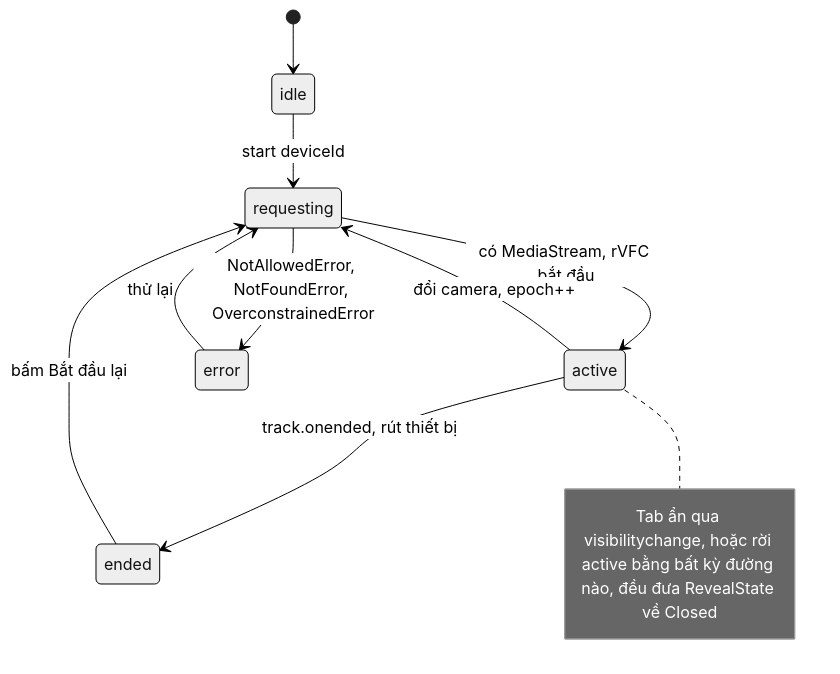
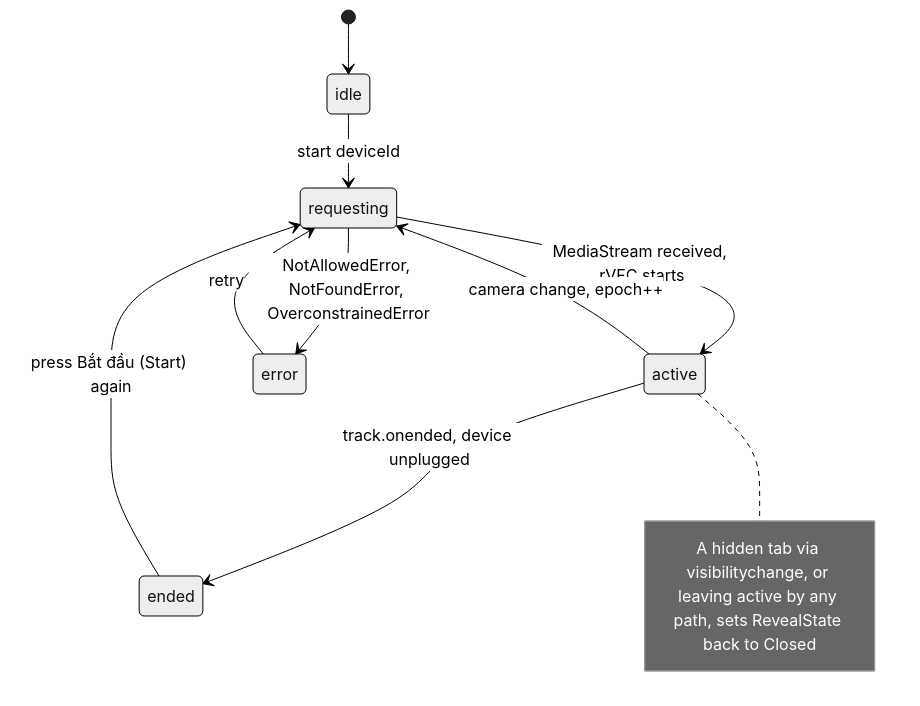
The seventh of 18 diagrams in docs/WORK-BREAKDOWN.md (Lorah101204/Finger_And_Face_Tracking), drawn with Mermaid (neutral theme) before and after one commit. The commit also changed other lines of this file and 35 other files, not shown here.

````diff
--- a/docs/WORK-BREAKDOWN.md
+++ b/docs/WORK-BREAKDOWN.md
@@ -522,12 +522,12 @@
 ```mermaid
 stateDiagram-v2
   [*] --> idle
   idle --> requesting: start deviceId
-  requesting --> active: có MediaStream, rVFC bắt đầu
+  requesting --> active: MediaStream received, rVFC starts
   requesting --> error: NotAllowedError, NotFoundError, OverconstrainedError
-  active --> ended: track.onended, rút thiết bị
-  active --> requesting: đổi camera, epoch++
-  ended --> requesting: bấm Bắt đầu lại
-  error --> requesting: thử lại
-  note right of active: Tab ẩn qua visibilitychange, hoặc rời active bằng bất kỳ đường nào, đều đưa RevealState về Closed
+  active --> ended: track.onended, device unplugged
+  active --> requesting: camera change, epoch++
+  ended --> requesting: press Bắt đầu (Start) again
+  error --> requesting: retry
+  note right of active: A hidden tab via visibilitychange, or leaving active by any path, sets RevealState back to Closed
 ```
````
